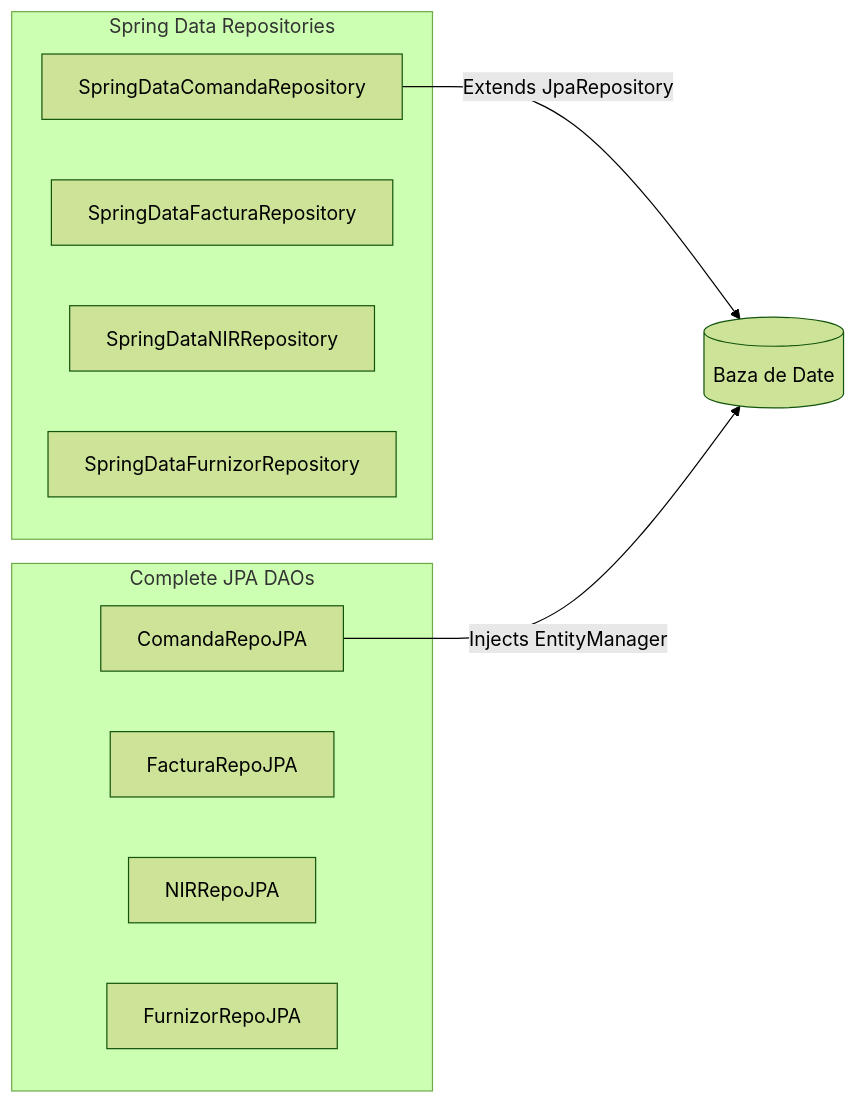
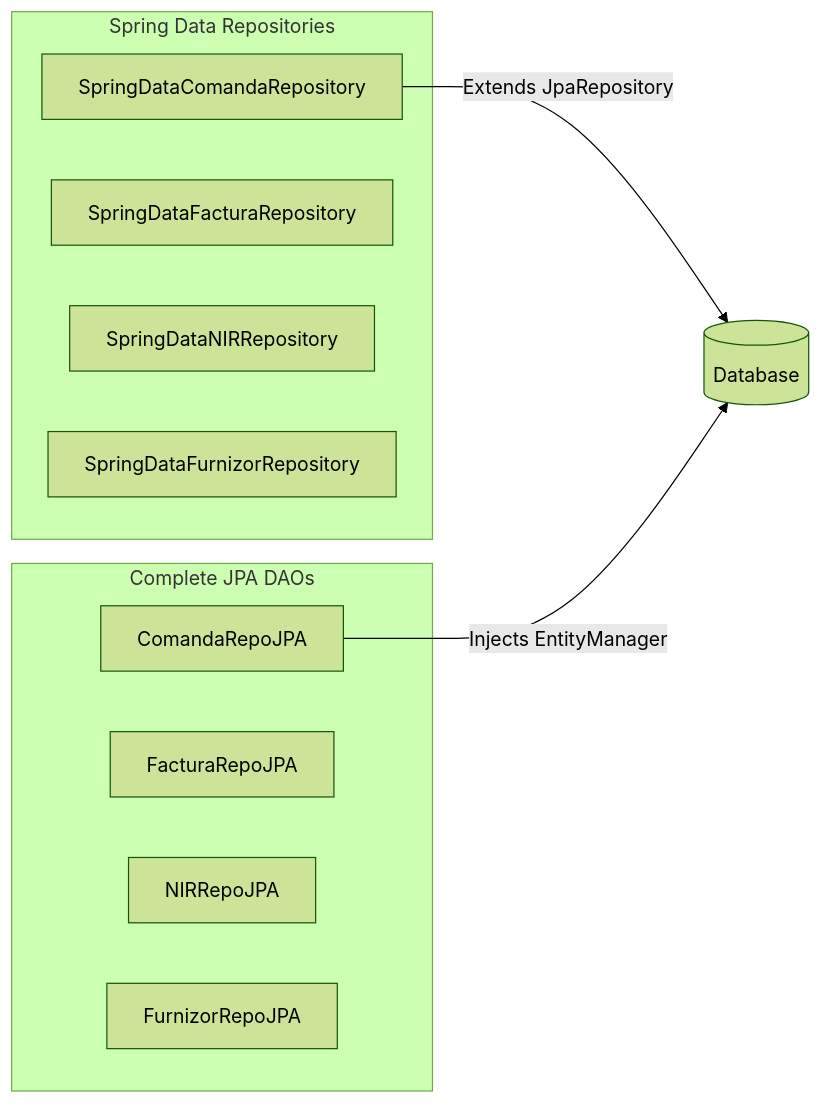
One commit to SyncopeSDBIS/supply_chain_and_vendor_management_system changed the third of 4 diagrams in RAPORT_AUDIT_PRE_RELEASE.md. Above: the diagram before and after it, drawn with Mermaid (forest theme). The commit also changed other lines of this file, not shown here.

````diff
--- a/RAPORT_AUDIT_PRE_RELEASE.md
+++ b/RAPORT_AUDIT_PRE_RELEASE.md
@@ -177,19 +178,19 @@
 ```mermaid
 graph LR
     subgraph Spring Data Repositories
         SD_C[SpringDataComandaRepository]
         SD_F[SpringDataFacturaRepository]
         SD_N[SpringDataNIRRepository]
         SD_Q[SpringDataFurnizorRepository]
     end
 
     subgraph Complete JPA DAOs
         JPA_C[ComandaRepoJPA]
         JPA_F[FacturaRepoJPA]
         JPA_N[NIRRepoJPA]
         JPA_Q[FurnizorRepoJPA]
     end
 
-    SD_C -->|Extends JpaRepository| DB[(Baza de Date)]
+    SD_C -->|Extends JpaRepository| DB[(Database)]
     JPA_C -->|Injects EntityManager| DB
 ```
````
